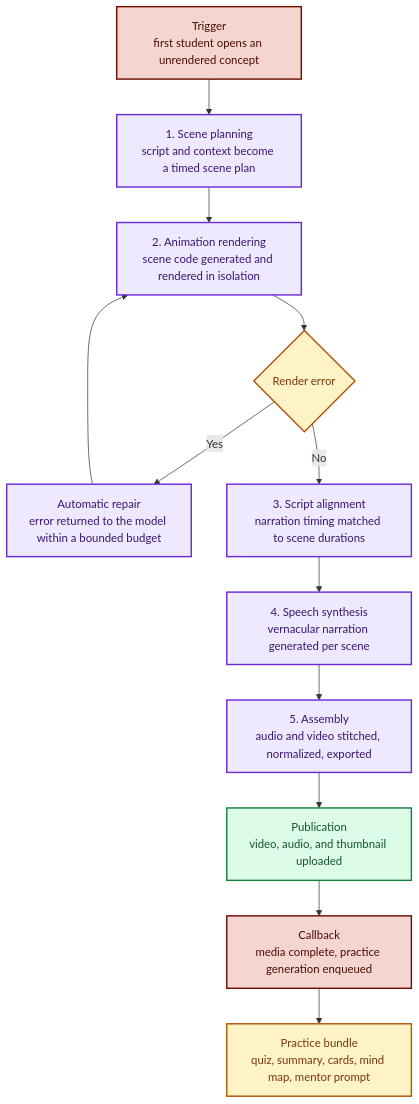
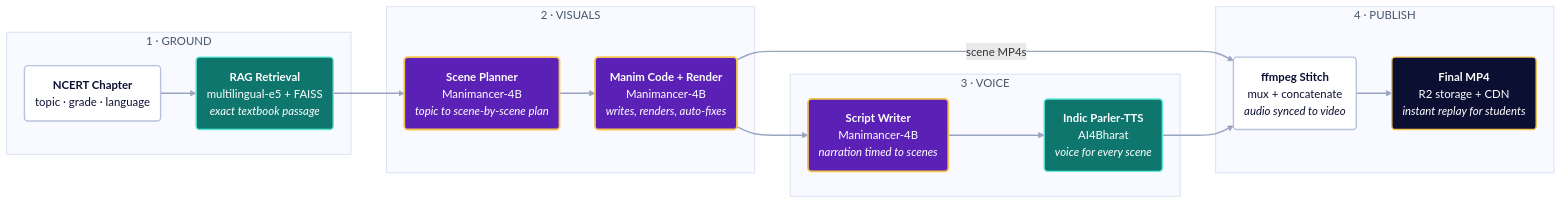
Before and after one commit to Divy13ansh/Akara: the fourth of 5 diagrams in README.md, drawn with Mermaid. The commit also changed other lines of this file, not shown here.

````diff
--- a/README.md
+++ b/README.md
@@ -510,23 +523,33 @@
 ```mermaid
-flowchart TD
-    T["Trigger<br/>first student opens an unrendered concept"] --> S1["1. Scene planning<br/>script and context become a timed scene plan"]
-    S1 --> S2["2. Animation rendering<br/>scene code generated and rendered in isolation"]
-    S2 --> E{"Render error"}
-    E -- "Yes" --> F["Automatic repair<br/>error returned to the model within a bounded budget"]
-    F --> S2
-    E -- "No" --> S3["3. Script alignment<br/>narration timing matched to scene durations"]
-    S3 --> S4["4. Speech synthesis<br/>vernacular narration generated per scene"]
-    S4 --> S5["5. Assembly<br/>audio and video stitched, normalized, exported"]
-    S5 --> PUB["Publication<br/>video, audio, and thumbnail uploaded"]
-    PUB --> CB["Callback<br/>media complete, practice generation enqueued"]
-    CB --> Q["Practice bundle<br/>quiz, summary, cards, mind map, mentor prompt"]
+flowchart LR
+  subgraph S1["1 · GROUND"]
+    A("<b>NCERT Chapter</b><br/>topic · grade · language") --> B("<b>RAG Retrieval</b><br/>multilingual-e5 + FAISS<br/><i>exact textbook passage</i>")
+  end
+  subgraph S2["2 · VISUALS"]
+    C("<b>Scene Planner</b><br/>Manimancer-4B<br/><i>topic to scene-by-scene plan</i>") --> D("<b>Manim Code + Render</b><br/>Manimancer-4B<br/><i>writes, renders, auto-fixes</i>")
+  end
+  subgraph S3["3 · VOICE"]
+    E("<b>Script Writer</b><br/>Manimancer-4B<br/><i>narration timed to scenes</i>") --> F("<b>Indic Parler-TTS</b><br/>AI4Bharat<br/><i>voice for every scene</i>")
+  end
+  subgraph S4["4 · PUBLISH"]
+    H("<b>ffmpeg Stitch</b><br/>mux + concatenate<br/><i>audio synced to video</i>") --> I("<b>Final MP4</b><br/>R2 storage + CDN<br/><i>instant replay for students</i>")
+  end
+  B --> C
+  D --> E
+  D -- "scene MP4s" --> H
+  F --> H
 
-    classDef trigger fill:#F5D5D0,stroke:#6D0E00,stroke-width:2px,color:#4A0D00
-    classDef stage fill:#EDE9FE,stroke:#6D28D9,stroke-width:2px,color:#3B1470
-    classDef data fill:#DCFCE7,stroke:#15803D,stroke-width:2px,color:#14532D
-    classDef job fill:#FEF3C7,stroke:#B45309,stroke-width:2px,color:#78350F
-    class T,CB trigger
-    class S1,S2,S3,S4,S5,F stage
-    class PUB data
-    class E,Q job
+  classDef llm fill:#5B21B6,stroke:#F5C451,stroke-width:2.5px,color:#ffffff
+  classDef oss fill:#0F766E,stroke:#5EEAD4,stroke-width:2px,color:#ffffff
+  classDef step fill:#ffffff,stroke:#B8C2DD,stroke-width:2px,color:#0B1033
+  classDef done fill:#0B1033,stroke:#F5C451,stroke-width:2px,color:#ffffff
+  linkStyle default stroke:#9AA5C0,stroke-width:2px
+  style S1 fill:#F8FAFF,stroke:#DDE3F3,stroke-width:1.5px,color:#475569
+  style S2 fill:#F8FAFF,stroke:#DDE3F3,stroke-width:1.5px,color:#475569
+  style S3 fill:#F8FAFF,stroke:#DDE3F3,stroke-width:1.5px,color:#475569
+  style S4 fill:#F8FAFF,stroke:#DDE3F3,stroke-width:1.5px,color:#475569
+  class A,H step
+  class B,F oss
+  class C,D,E llm
+  class I done
 ```
````
